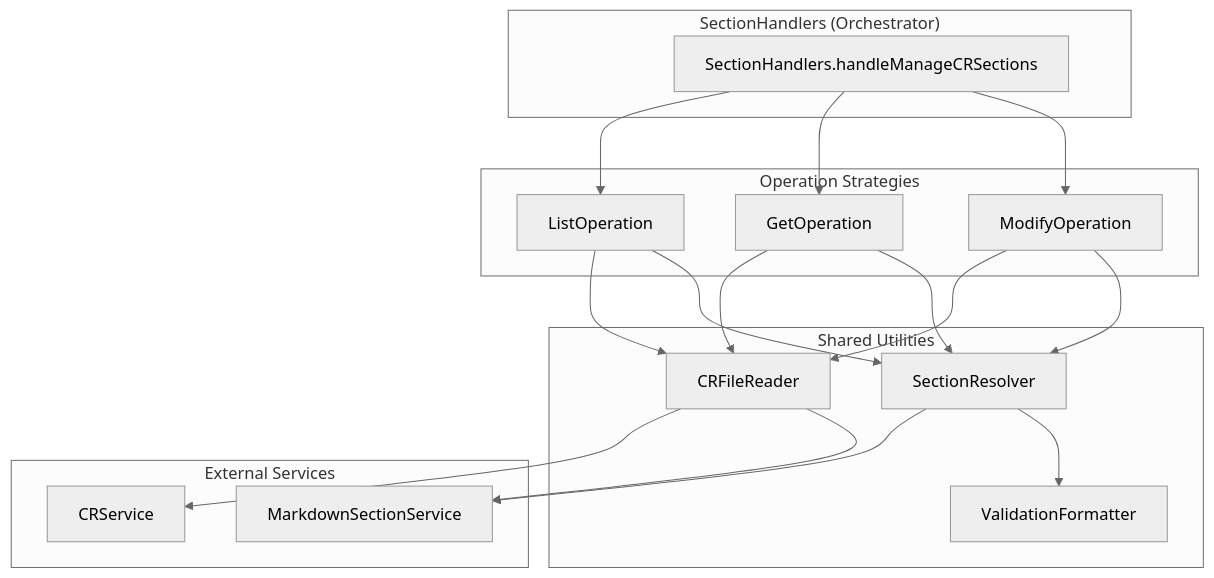
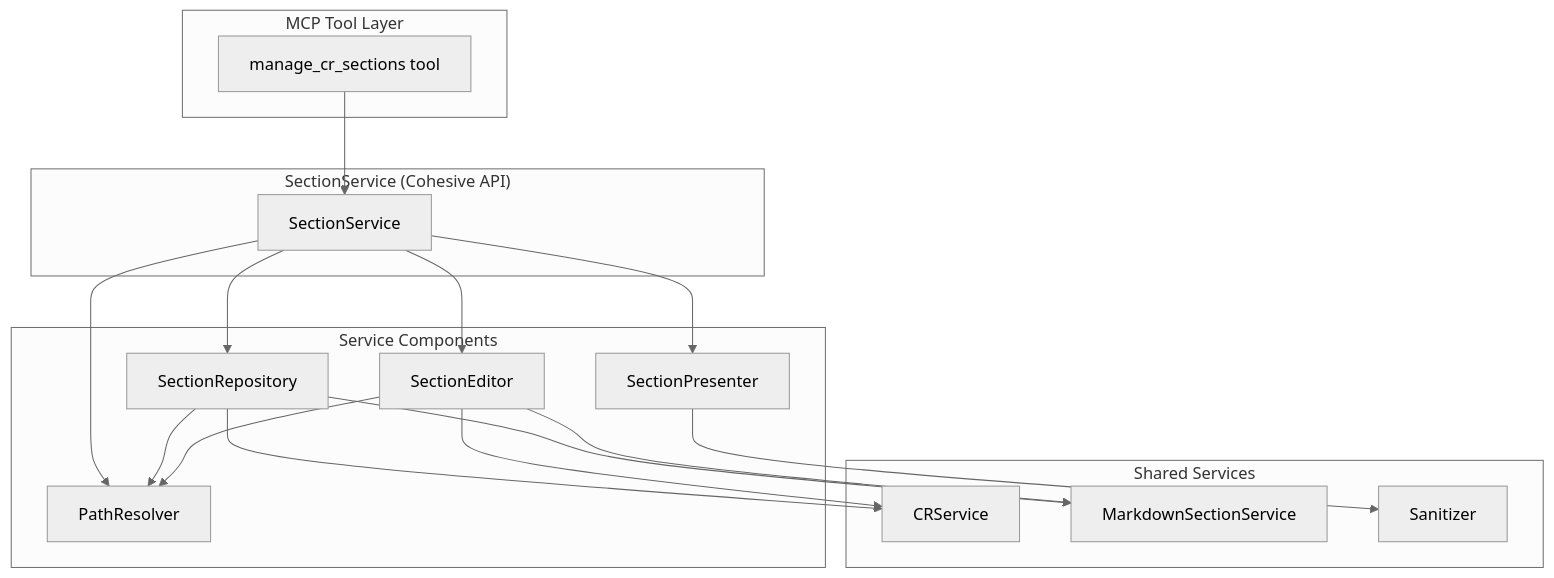
One commit to andkirby/markdown-ticket changed the diagram in docs/CRs/MDT-114/prep/architecture.md. Above: the diagram before and after it, drawn with Mermaid (neutral theme). The commit also changed other lines of this file and 18 other files, not shown here.

````diff
--- a/docs/CRs/MDT-114/prep/architecture.md
+++ b/docs/CRs/MDT-114/prep/architecture.md
@@ -93,39 +73,39 @@
 ```mermaid
 graph TB
-    subgraph "SectionHandlers (Orchestrator)"
-        SH[SectionHandlers.handleManageCRSections]
+    subgraph "MCP Tool Layer"
+        MCP[manage_cr_sections tool]
     end
 
-    subgraph "Operation Strategies"
-        List[ListOperation]
-        Get[GetOperation]
-        Modify[ModifyOperation]
+    subgraph "SectionService (Cohesive API)"
+        SVC[SectionService]
     end
 
-    subgraph "Shared Utilities"
-        FR[CRFileReader]
-        SR[SectionResolver]
-        VF[ValidationFormatter]
+    subgraph "Service Components"
+        REPO[SectionRepository]
+        EDIT[SectionEditor]
+        RESOLVE[PathResolver]
+        PRES[SectionPresenter]
     end
 
-    subgraph "External Services"
+    subgraph "Shared Services"
         CR[CRService]
-        MS[MarkdownSectionService]
+        MD[MarkdownSectionService]
+        SAN[Sanitizer]
     end
 
-    SH --> List
-    SH --> Get
-    SH --> Modify
+    MCP --> SVC
+    SVC --> REPO
+    SVC --> EDIT
+    SVC --> RESOLVE
+    SVC --> PRES
 
-    List --> FR
-    List --> SR
-    Get --> FR
-    Get --> SR
-    Modify --> FR
-    Modify --> SR
+    REPO --> CR
+    REPO --> MD
+    REPO --> RESOLVE
 
-    FR --> CR
-    FR --> MS
-    SR --> MS
-    SR --> VF
+    EDIT --> CR
+    EDIT --> MD
+    EDIT --> RESOLVE
+
+    PRES --> SAN
 ```
````
